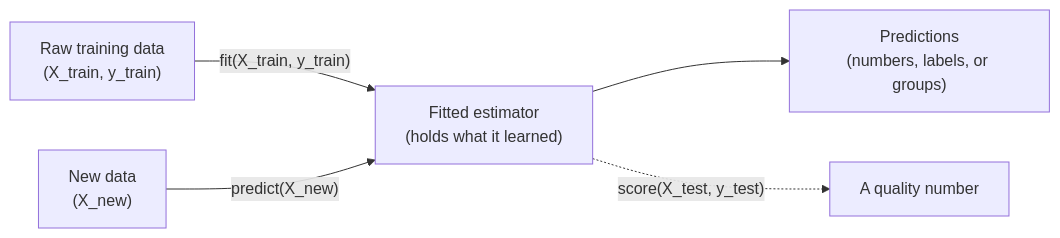
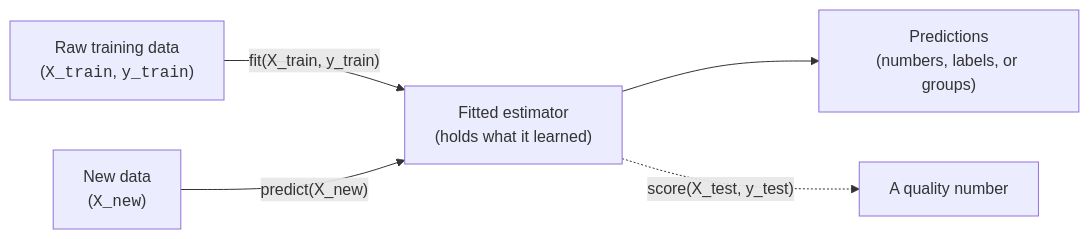
Before and after one commit to dataslope/dataslope: the diagram in content/learn/machine-learning-scikit-learn/the-scikit-learn-api.mdx, drawn with Mermaid. The commit also changed 218 other files, not shown here.

First line of the commit message:
Render code-only mermaid shapes in monospace; convert step sequences to Steps (#467)

````diff
--- a/content/learn/machine-learning-scikit-learn/the-scikit-learn-api.mdx
+++ b/content/learn/machine-learning-scikit-learn/the-scikit-learn-api.mdx
@@ -52,7 +52,7 @@
 ```mermaid
 flowchart LR
-    A["Raw training data<br/>(X_train, y_train)"] -->|"fit(X_train, y_train)"| B["Fitted estimator<br/>(holds what it learned)"]
-    C["New data<br/>(X_new)"] -->|"predict(X_new)"| B
+    A["Raw training data<br/>(<code>X_train</code>, <code>y_train</code>)"] -->|"fit(X_train, y_train)"| B["Fitted estimator<br/>(holds what it learned)"]
+    C["New data<br/>(<code>X_new</code>)"] -->|"predict(X_new)"| B
     B --> D["Predictions<br/>(numbers, labels, or groups)"]
     B -. "score(X_test, y_test)" .-> E["A quality number"]
 ```
````
